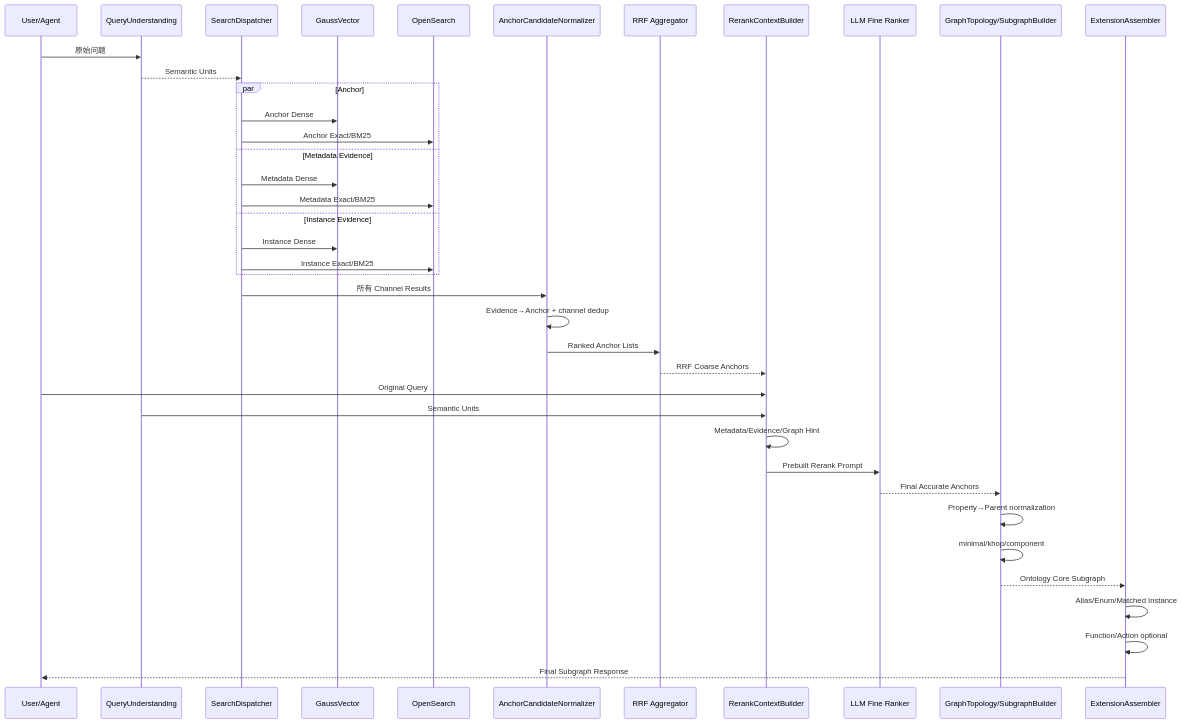
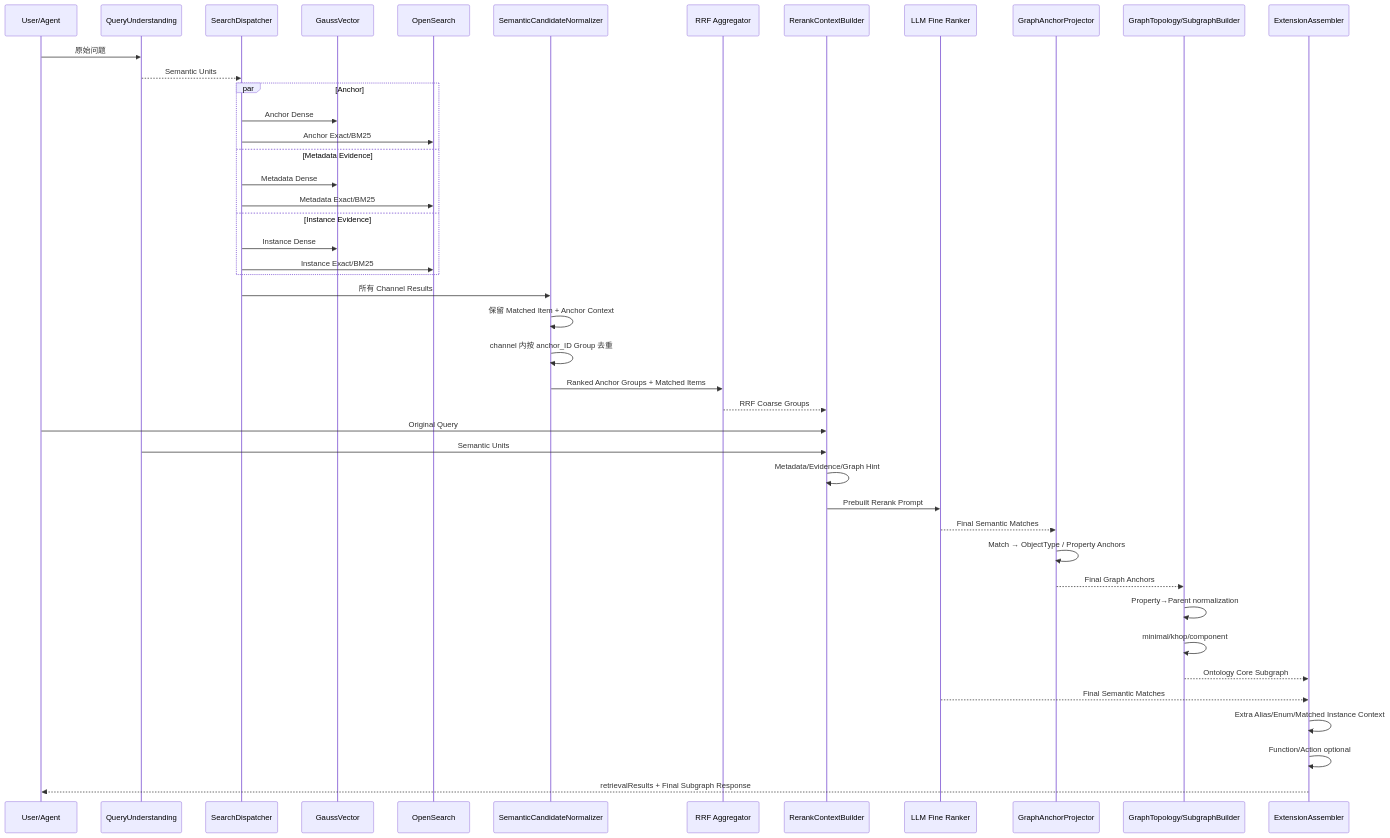
The second of 6 diagrams in docs/OAG本体锚点语义检索与向量索引设计方案.md (cfwl100/onology_dsl), drawn with Mermaid before and after one commit. The commit also changed other lines of this file, not shown here.

````diff
--- a/docs/OAG本体锚点语义检索与向量索引设计方案.md
+++ b/docs/OAG本体锚点语义检索与向量索引设计方案.md
@@ -2654,47 +3304,52 @@
 ```mermaid
 sequenceDiagram
     participant U as User/Agent
     participant QU as QueryUnderstanding
     participant D as SearchDispatcher
     participant GV as GaussVector
     participant OS as OpenSearch
-    participant N as AnchorCandidateNormalizer
+    participant N as SemanticCandidateNormalizer
     participant R as RRF Aggregator
     participant C as RerankContextBuilder
     participant L as LLM Fine Ranker
+    participant P as GraphAnchorProjector
     participant G as GraphTopology/SubgraphBuilder
     participant E as ExtensionAssembler
 
     U->>QU: 原始问题
     QU-->>D: Semantic Units
 
     par Anchor
       D->>GV: Anchor Dense
       D->>OS: Anchor Exact/BM25
     and Metadata Evidence
       D->>GV: Metadata Dense
       D->>OS: Metadata Exact/BM25
     and Instance Evidence
       D->>GV: Instance Dense
       D->>OS: Instance Exact/BM25
     end
 
     D->>N: 所有 Channel Results
-    N->>N: Evidence→Anchor + channel dedup
-    N->>R: Ranked Anchor Lists
-    R-->>C: RRF Coarse Anchors
+    N->>N: 保留 Matched Item + Anchor Context
+    N->>N: channel 内按 anchor_ID Group 去重
+    N->>R: Ranked Anchor Groups + Matched Items
+    R-->>C: RRF Coarse Groups
 
     U->>C: Original Query
     QU->>C: Semantic Units
     C->>C: Metadata/Evidence/Graph Hint
     C->>L: Prebuilt Rerank Prompt
-    L-->>G: Final Accurate Anchors
+    L-->>P: Final Semantic Matches
 
+    P->>P: Match → ObjectType / Property Anchors
+    P-->>G: Final Graph Anchors
     G->>G: Property→Parent normalization
     G->>G: minimal/khop/component
     G-->>E: Ontology Core Subgraph
 
-    E->>E: Alias/Enum/Matched Instance
+    L-->>E: Final Semantic Matches
+    E->>E: Extra Alias/Enum/Matched Instance Context
     E->>E: Function/Action optional
-    E-->>U: Final Subgraph Response
+    E-->>U: retrievalResults + Final Subgraph Response
 ```
````
